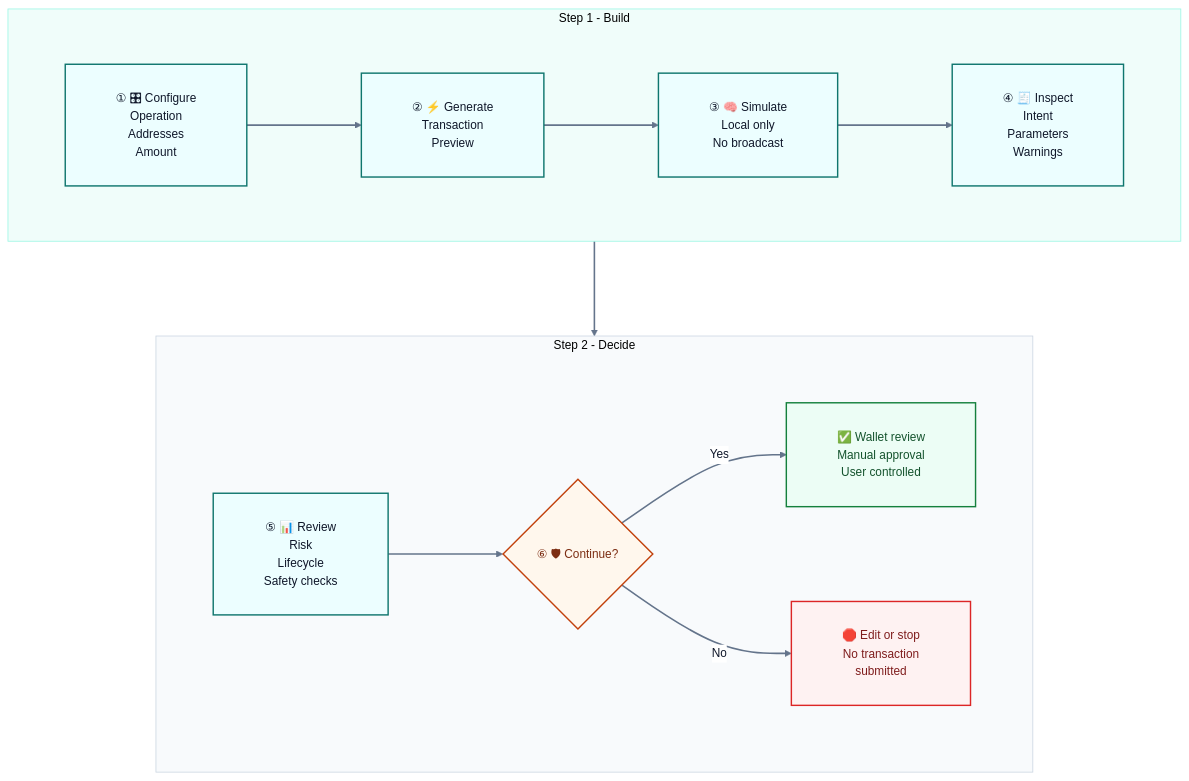
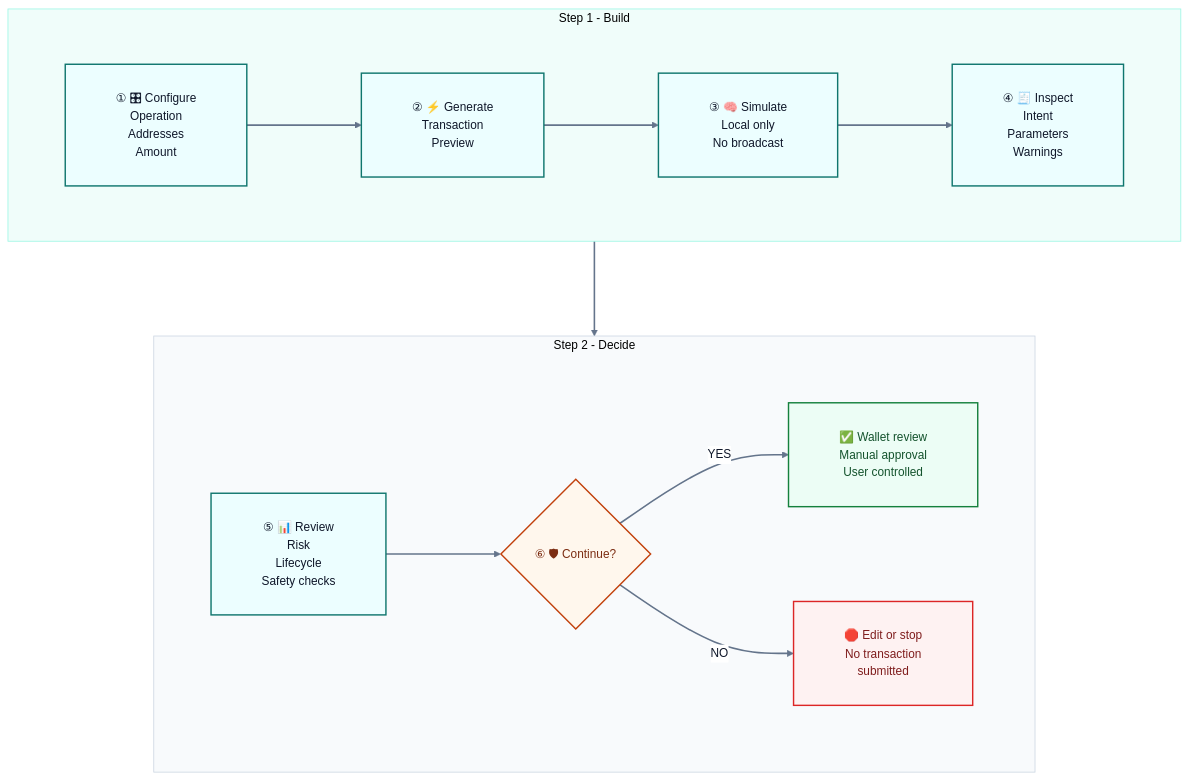
Before and after one commit to sunshineluyao/Moss-Mcp-Transaction: the first of 8 diagrams in README.md, drawn with Mermaid. The commit also changed other lines of this file, not shown here.

Commit message:
docs: add Mermaid anti-clipping guidance (EN/ZH)

````diff
--- a/README.md
+++ b/README.md
@@ -153,32 +153,32 @@
 ```mermaid
 %%{init: {'theme':'base','flowchart': {'htmlLabels': true, 'nodeSpacing': 120, 'rankSpacing': 120, 'curve': 'basis', 'padding': 32, 'diagramPadding': 24, 'wrappingWidth': 260},'themeVariables': {'fontFamily':'Inter, Segoe UI, sans-serif','fontSize':'15px','primaryTextColor':'#0f172a','lineColor':'#64748b','clusterBkg':'#f8fafc','clusterBorder':'#cbd5e1','edgeLabelBackground':'#ffffff','primaryBorderColor':'#2563eb','primaryColor':'#eff6ff'}}}%%
 flowchart TB
   subgraph R1[Step 1 - Build]
     direction LR
     A["① 🎛 Configure<br/>Operation<br/>Addresses<br/>Amount"] --> B["② ⚡ Generate<br/>Transaction<br/>Preview"]
     B --> C["③ 🧠 Simulate<br/>Local only<br/>No broadcast"]
     C --> D["④ 🧾 Inspect<br/>Intent<br/>Parameters<br/>Warnings"]
   end
 
   subgraph R2[Step 2 - Decide]
     direction LR
     E["⑤ 📊 Review<br/>Risk<br/>Lifecycle<br/>Safety checks"] --> F{"⑥ 🛡 Continue?"}
-    F -->|Yes| G["✅ Wallet review<br/>Manual approval<br/>User controlled"]
-    F -->|No| H["🛑 Edit or stop<br/>No transaction<br/>submitted"]
+    F -->|YES| G["✅ Wallet review<br/>Manual approval<br/>User controlled"]
+    F -->|NO| H["🛑 Edit or stop<br/>No transaction<br/>submitted"]
   end
 
   D --> E
 
   classDef main fill:#ecfeff,stroke:#0f766e,stroke-width:1.8px,color:#0f172a;
   classDef decision fill:#fff7ed,stroke:#c2410c,stroke-width:1.8px,color:#7c2d12;
   classDef success fill:#ecfdf5,stroke:#15803d,stroke-width:1.8px,color:#14532d;
   classDef stop fill:#fef2f2,stroke:#dc2626,stroke-width:1.8px,color:#7f1d1d;
 
   class A,B,C,D,E main;
   class F decision;
   class G success;
   class H stop;
   style R1 fill:#f0fdfa,stroke:#99f6e4,stroke-width:1px
   style R2 fill:#f8fafc,stroke:#cbd5e1,stroke-width:1px
   linkStyle default stroke:#64748b,stroke-width:2px;
 ```
````
